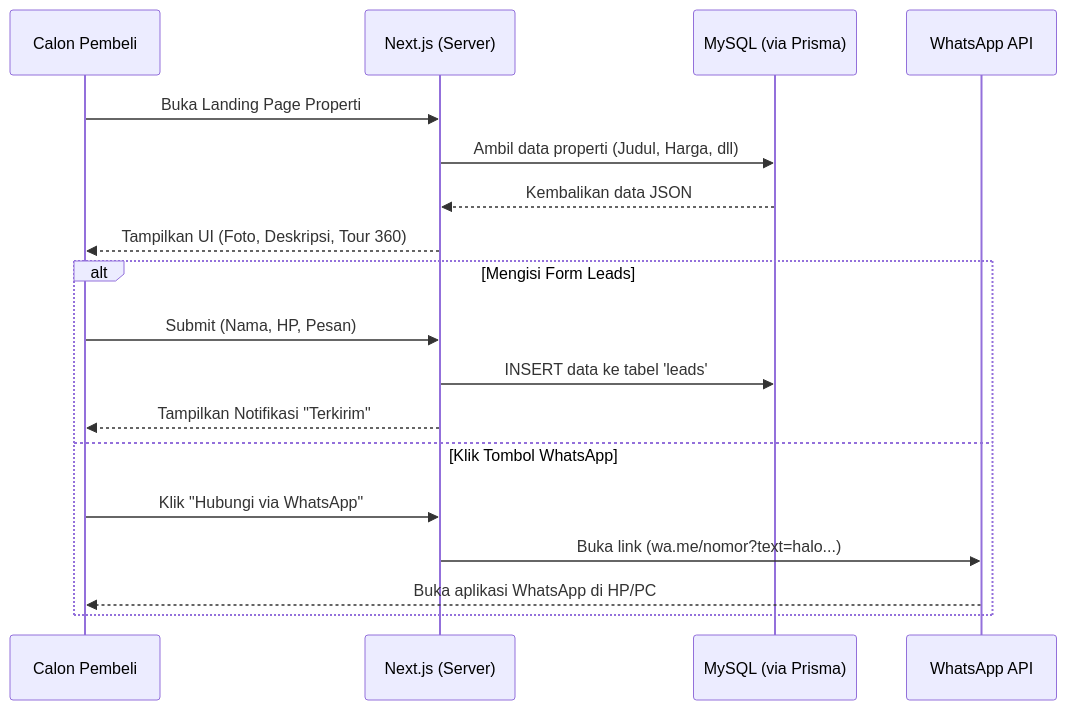
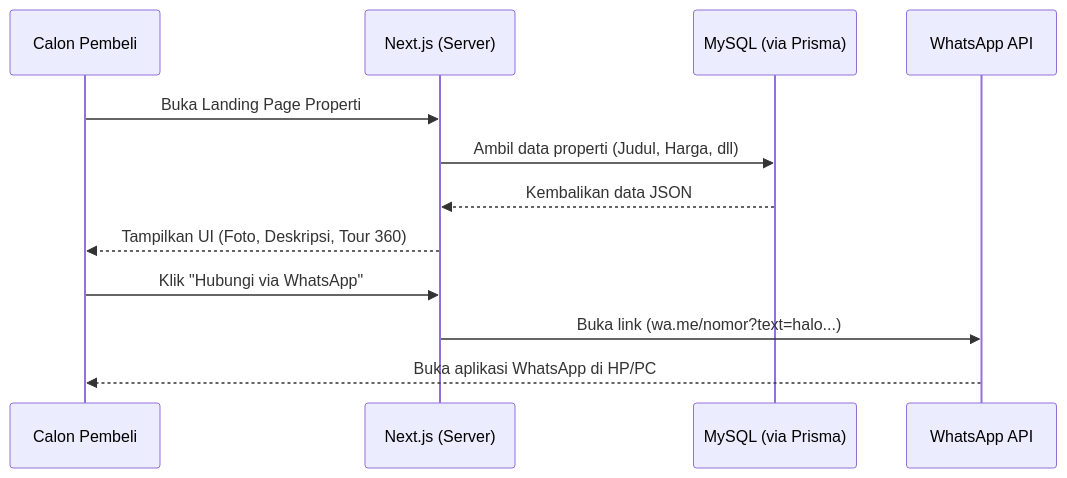
Before and after one commit to najmifaza/rumio.id: the second of 3 diagrams in docs/flowchart.md, drawn with Mermaid. The commit also changed other lines of this file and 58 other files, not shown here.

````diff
--- a/docs/flowchart.md
+++ b/docs/flowchart.md
@@ -33,22 +33,16 @@
 ```mermaid
 sequenceDiagram
     participant User as Calon Pembeli
     participant Next as Next.js (Server)
     participant DB as MySQL (via Prisma)
     participant WA as WhatsApp API
 
     User->>Next: Buka Landing Page Properti
     Next->>DB: Ambil data properti (Judul, Harga, dll)
     DB-->>Next: Kembalikan data JSON
     Next-->>User: Tampilkan UI (Foto, Deskripsi, Tour 360)
 
-    alt Mengisi Form Leads
-        User->>Next: Submit (Nama, HP, Pesan)
-        Next->>DB: INSERT data ke tabel 'leads'
-        Next-->>User: Tampilkan Notifikasi "Terkirim"
-    else Klik Tombol WhatsApp
-        User->>Next: Klik "Hubungi via WhatsApp"
-        Next->>WA: Buka link (wa.me/nomor?text=halo...)
-        WA-->>User: Buka aplikasi WhatsApp di HP/PC
-    end
+    User->>Next: Klik "Hubungi via WhatsApp"
+    Next->>WA: Buka link (wa.me/nomor?text=halo...)
+    WA-->>User: Buka aplikasi WhatsApp di HP/PC
 ```
````
